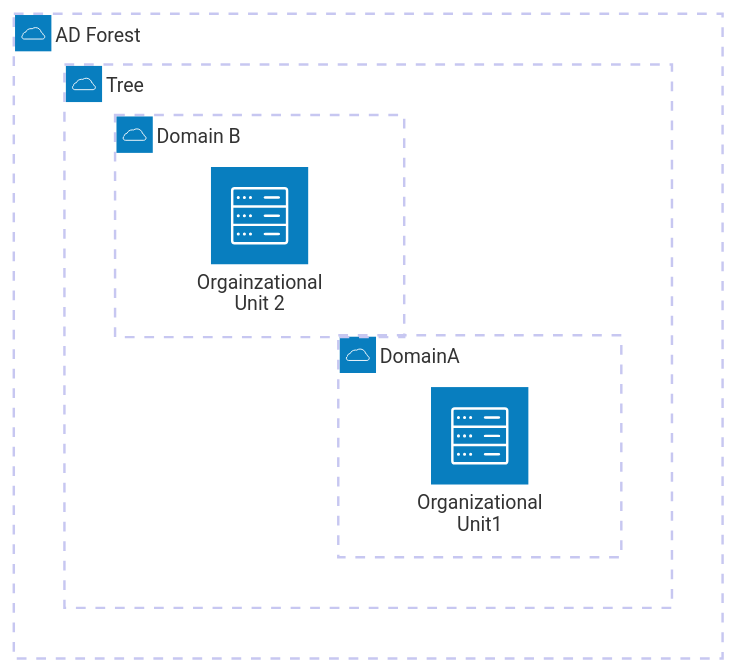
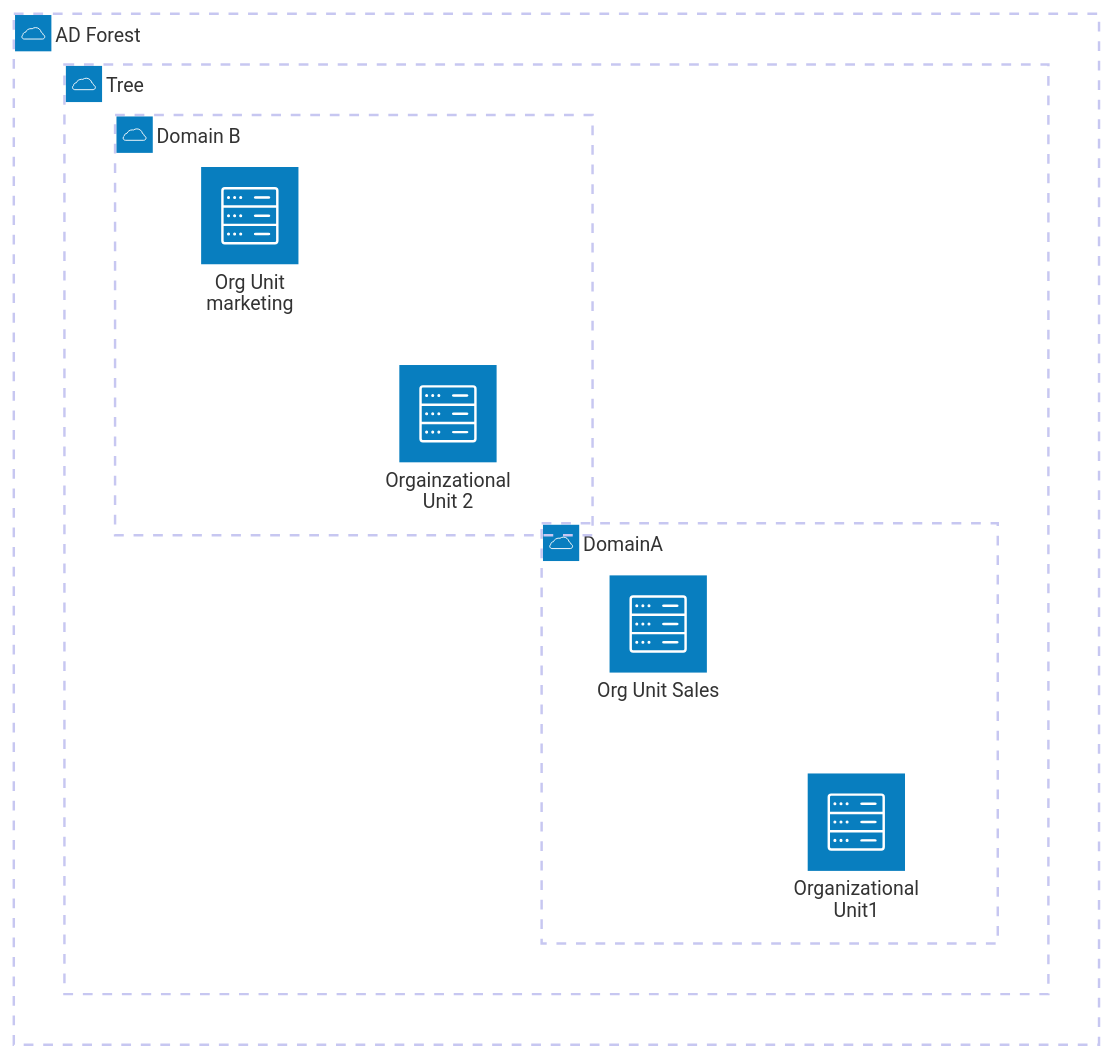
One commit to gillesjudo/Windows-Beginner-Concepts changed the diagram in AD_AzureAD.md. Above: the diagram before and after it, drawn with Mermaid.

Commit message:
multiple orgunits

````diff
--- a/AD_AzureAD.md
+++ b/AD_AzureAD.md
@@ -45,9 +45,11 @@
 ```mermaid
 architecture-beta
     group ad_forest(cloud)[AD Forest]
       group ad_tree(cloud)[Tree] in ad_forest
         group domainA(cloud)[DomainA] in ad_tree
           service ou1(server)[Organizational Unit1] in domainA
+          service ou3(server)[Org Unit Sales] in domainA
         group domainB(cloud)[Domain B] in ad_tree
           service ou2(server)[Orgainzational Unit 2] in domainB
+          service ou4(server)[Org Unit marketing] in domainB
 ```
````
